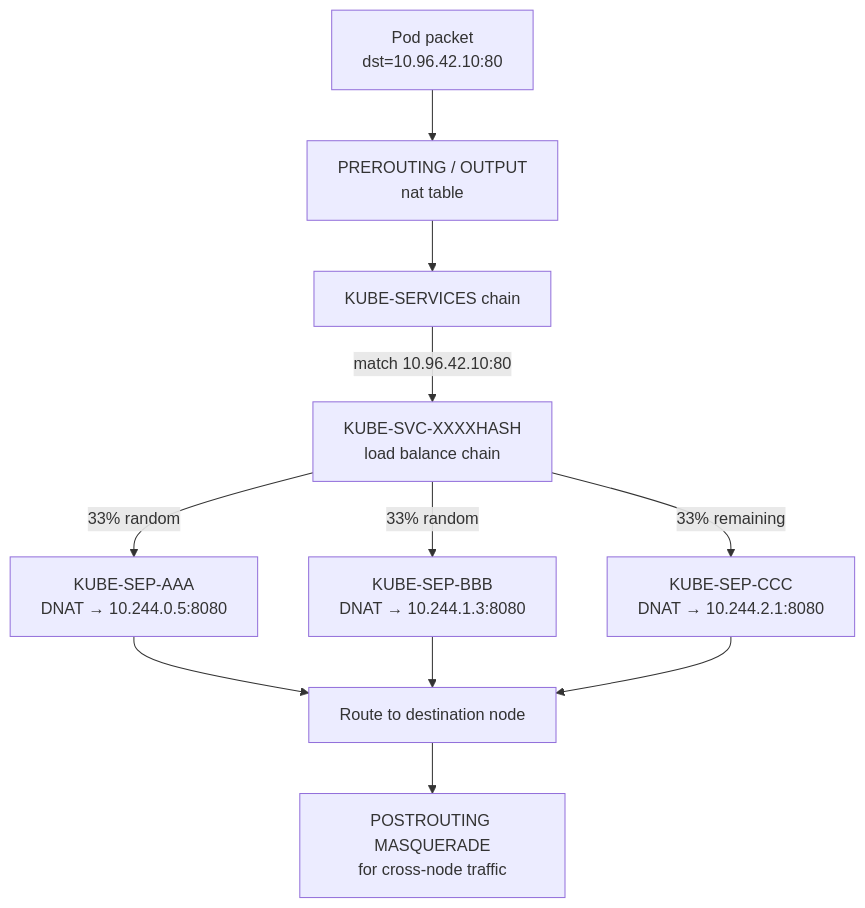
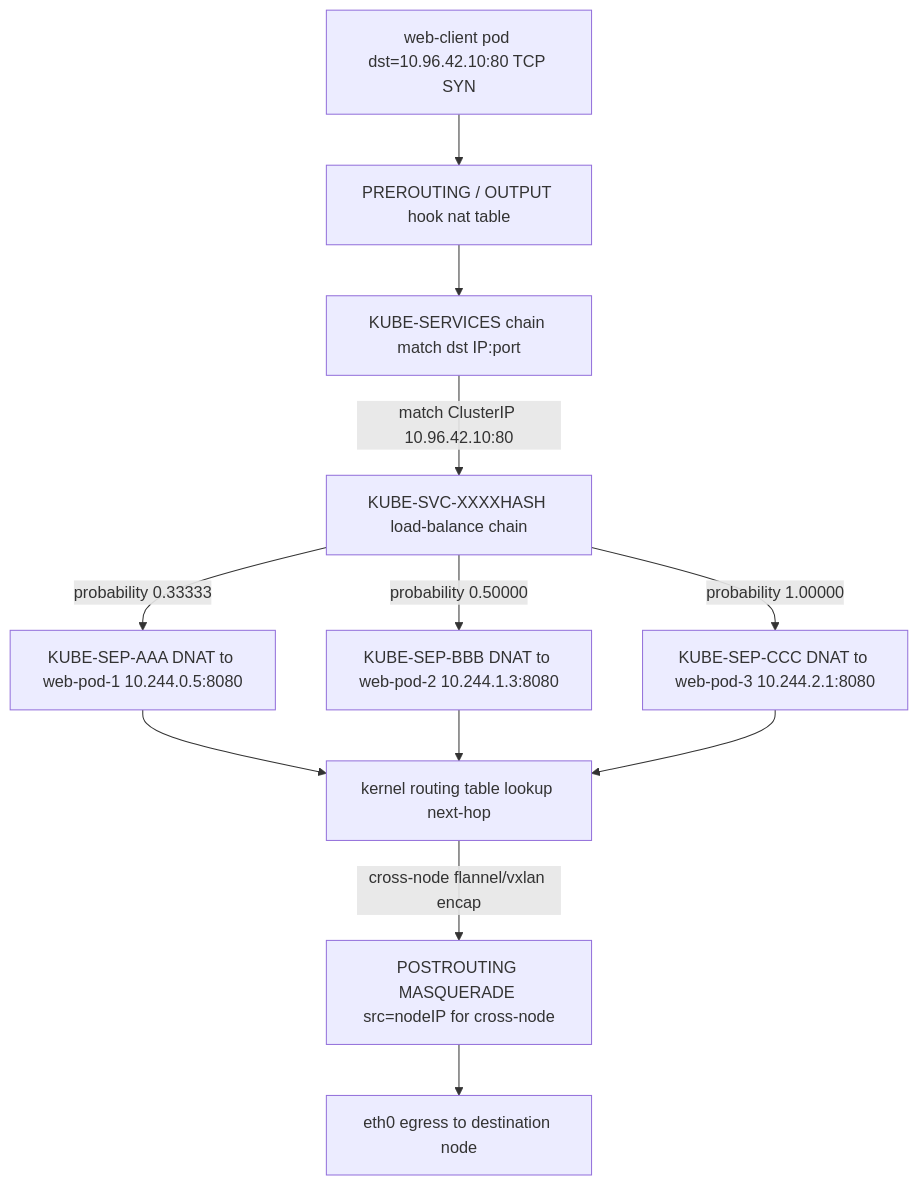
Before and after one commit to MykolaLebid/Kubernetes_networking_engineering: the second of 2 diagrams in lessons/13-kubernetes-services-kube-proxy.md, drawn with Mermaid. The commit also changed other lines of this file and 35 other files, not shown here.

First line of the commit message:
Restructure all 34 lessons: Theory/Practice split, richer diagrams, industry examples, navigation

````diff
--- a/lessons/13-kubernetes-services-kube-proxy.md
+++ b/lessons/13-kubernetes-services-kube-proxy.md
@@ -159,13 +150,14 @@
 ```mermaid
 flowchart TD
-    PKT[Pod packet\ndst=10.96.42.10:80] --> PREROUTING[PREROUTING / OUTPUT\nnat table]
-    PREROUTING --> KS[KUBE-SERVICES chain]
-    KS -->|match 10.96.42.10:80| KSVC[KUBE-SVC-XXXXHASH\nload balance chain]
-    KSVC -->|33% random| SEP1[KUBE-SEP-AAA\nDNAT → 10.244.0.5:8080]
-    KSVC -->|33% random| SEP2[KUBE-SEP-BBB\nDNAT → 10.244.1.3:8080]
-    KSVC -->|33% remaining| SEP3[KUBE-SEP-CCC\nDNAT → 10.244.2.1:8080]
-    SEP1 --> ROUTE[Route to destination node]
+    PKT["web-client pod dst=10.96.42.10:80 TCP SYN"] --> PREROUTING["PREROUTING / OUTPUT hook nat table"]
+    PREROUTING --> KS["KUBE-SERVICES chain match dst IP:port"]
+    KS --"match ClusterIP 10.96.42.10:80"--> KSVC["KUBE-SVC-XXXXHASH load-balance chain"]
+    KSVC --"probability 0.33333"--> SEP1["KUBE-SEP-AAA DNAT to web-pod-1 10.244.0.5:8080"]
+    KSVC --"probability 0.50000"--> SEP2["KUBE-SEP-BBB DNAT to web-pod-2 10.244.1.3:8080"]
+    KSVC --"probability 1.00000"--> SEP3["KUBE-SEP-CCC DNAT to web-pod-3 10.244.2.1:8080"]
+    SEP1 --> ROUTE["kernel routing table lookup next-hop"]
     SEP2 --> ROUTE
     SEP3 --> ROUTE
-    ROUTE --> POST[POSTROUTING MASQUERADE\nfor cross-node traffic]
+    ROUTE --"cross-node flannel/vxlan encap"--> POST["POSTROUTING MASQUERADE src=nodeIP for cross-node"]
+    POST --> NIC["eth0 egress to destination node"]
 ```
````
